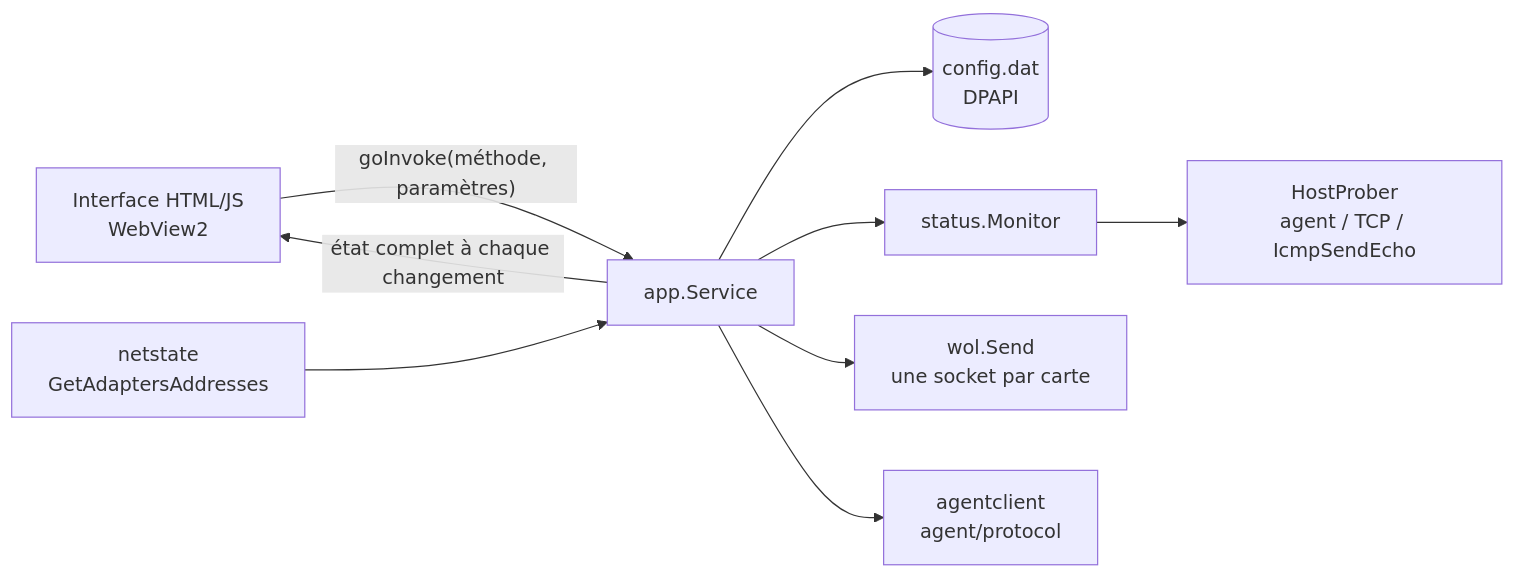
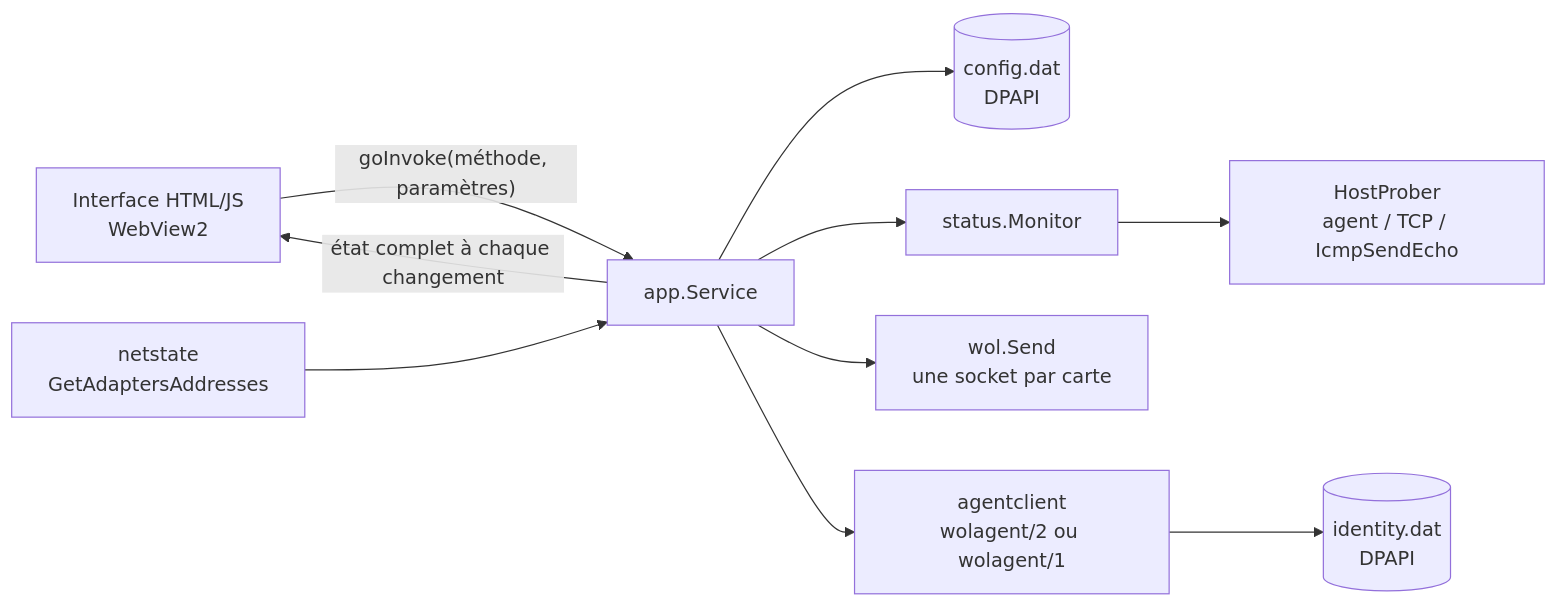
One commit to slaynAW/Patronus changed the fourth of 4 diagrams in docs/ARCHITECTURE.md. Above: the diagram before and after it, drawn with Mermaid. The commit also changed other lines of this file and 29 other files, not shown here.

````diff
--- a/docs/ARCHITECTURE.md
+++ b/docs/ARCHITECTURE.md
@@ -164,10 +164,11 @@
 ```mermaid
 flowchart LR
     UI[Interface HTML/JS<br/>WebView2] -- "goInvoke(méthode, paramètres)" --> Svc[app.Service]
     Svc -- "état complet à chaque changement" --> UI
     Svc --> Store[(config.dat<br/>DPAPI)]
     Svc --> Mon[status.Monitor] --> Prober[HostProber<br/>agent / TCP / IcmpSendEcho]
     Svc --> Wol[wol.Send<br/>une socket par carte]
-    Svc --> Client[agentclient<br/>agent/protocol]
+    Svc --> Client[agentclient<br/>wolagent/2 ou wolagent/1]
+    Client --> Id[(identity.dat<br/>DPAPI)]
     Net[netstate<br/>GetAdaptersAddresses] --> Svc
 ```
````
